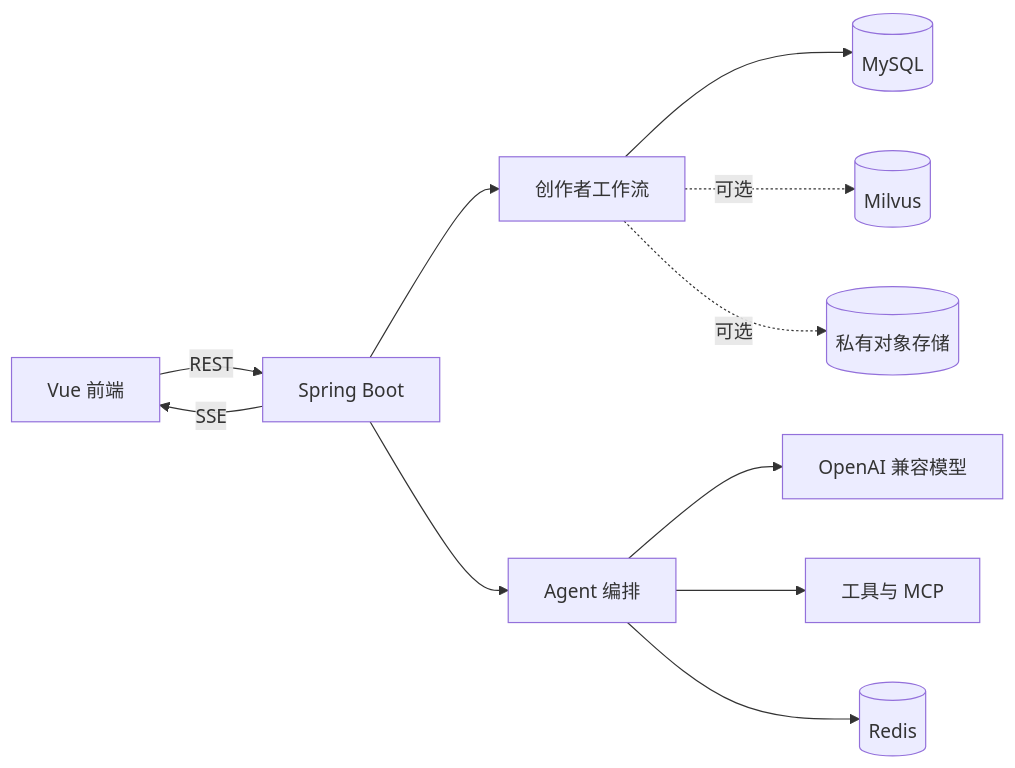
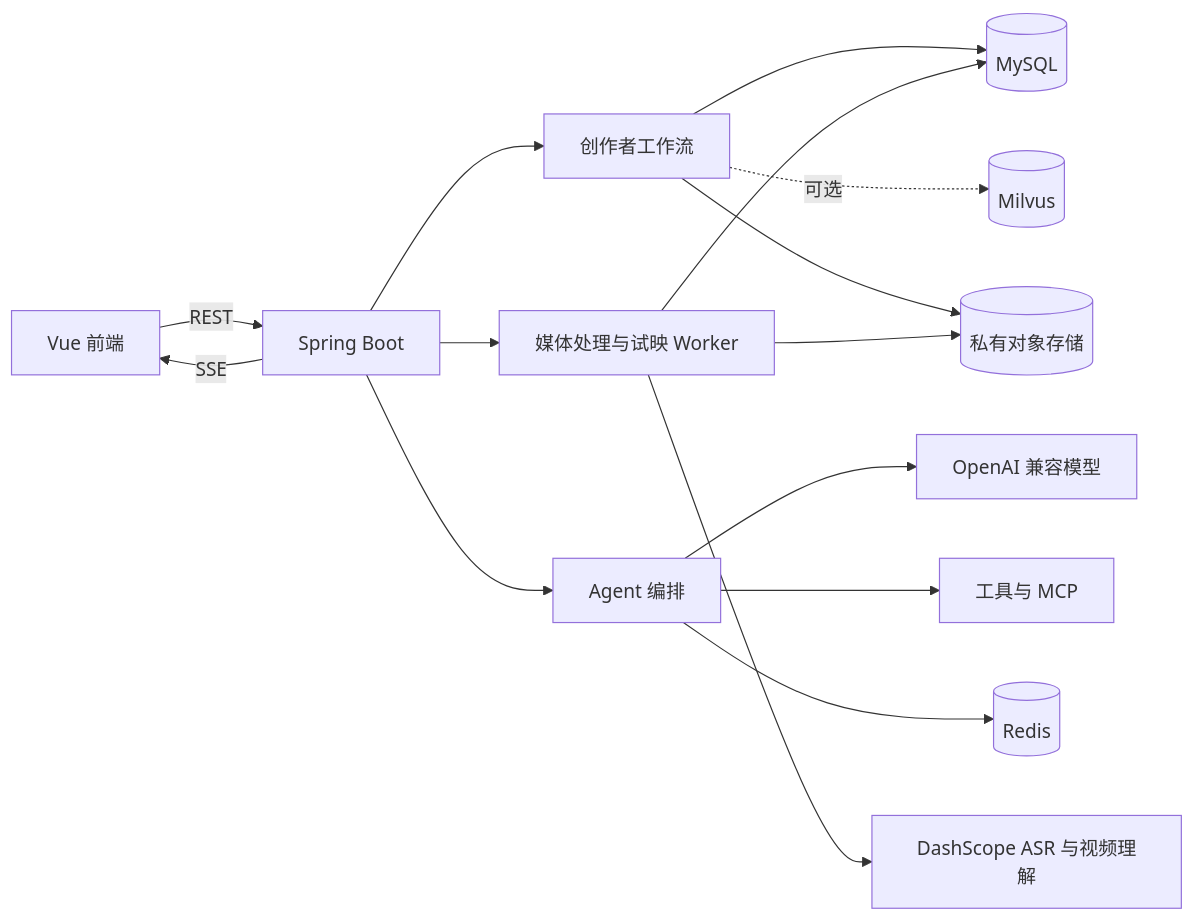
One commit to lin-0407/linkAgent changed the second of 2 diagrams in README.md. Above: the diagram before and after it, drawn with Mermaid. The commit also changed other lines of this file, not shown here.

````diff
--- a/README.md
+++ b/README.md
@@ -206,13 +230,17 @@
 ```mermaid
 flowchart LR
     Browser[Vue 前端] -->|REST| Backend[Spring Boot]
     Backend -->|SSE| Browser
     Backend --> Creator[创作者工作流]
     Backend --> Agent[Agent 编排]
+    Backend --> Media[媒体处理与试映 Worker]
     Agent --> LLM[OpenAI 兼容模型]
     Agent --> Tools[工具与 MCP]
     Creator --> MySQL[(MySQL)]
     Agent --> Redis[(Redis)]
+    Media --> MySQL
+    Media --> DashScope[DashScope ASR 与视频理解]
     Creator -.可选.-> Milvus[(Milvus)]
-    Creator -.可选.-> OSS[(私有对象存储)]
+    Creator --> OSS[(私有对象存储)]
+    Media --> OSS
 ```
````
